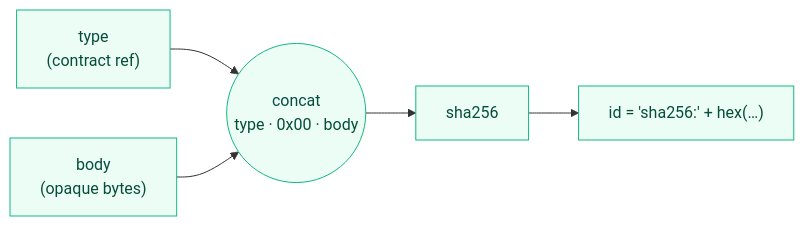
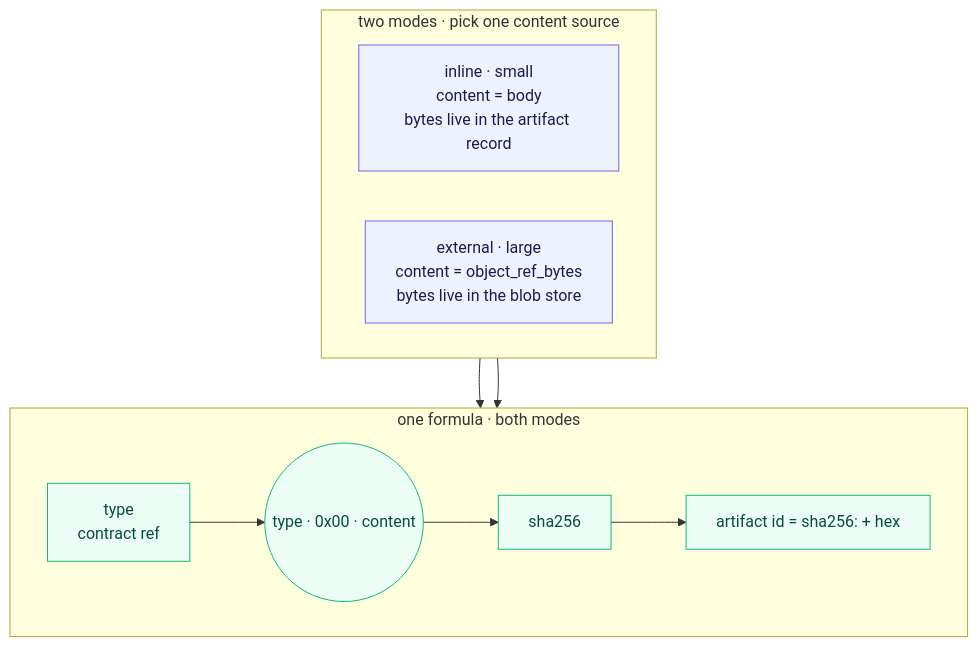
The fourth of 8 diagrams in README.md (philcantcode/srcport-substrate), drawn with Mermaid before and after one commit. The commit also changed other lines of this file and 28 other files, not shown here.

````diff
--- a/README.md
+++ b/README.md
@@ -121,10 +192,22 @@
 ```mermaid
-flowchart LR
-    T["type<br/>(contract ref)"] --> C(("concat<br/>type · 0x00 · body"))
-    B["body<br/>(opaque bytes)"] --> C
-    C --> S["sha256"]
-    S --> ID["id = 'sha256:' + hex(…)"]
+flowchart TB
+    subgraph Modes["two modes · pick one content source"]
+        direction LR
+        BI["inline · small<br/>content = body<br/>bytes live in the artifact record"]
+        BE["external · large<br/>content = object_ref_bytes<br/>bytes live in the blob store"]
+    end
+
+    subgraph Formula["one formula · both modes"]
+        direction LR
+        T["type<br/>contract ref"] --> C(("type · 0x00 · content"))
+        C --> S["sha256"] --> ID["artifact id = sha256: + hex"]
+    end
+
+    BI --> C
+    BE --> C
 
     classDef n fill:#ecfdf5,stroke:#10b981,color:#064e3b;
-    class T,B,C,S,ID n;
+    classDef m fill:#eef2ff,stroke:#6366f1,color:#1e1b4b;
+    class T,C,S,ID n;
+    class BI,BE m;
 ```
````
